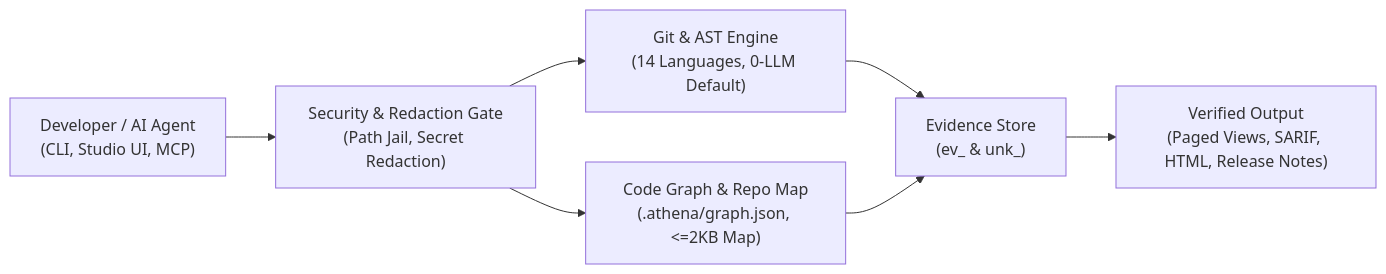
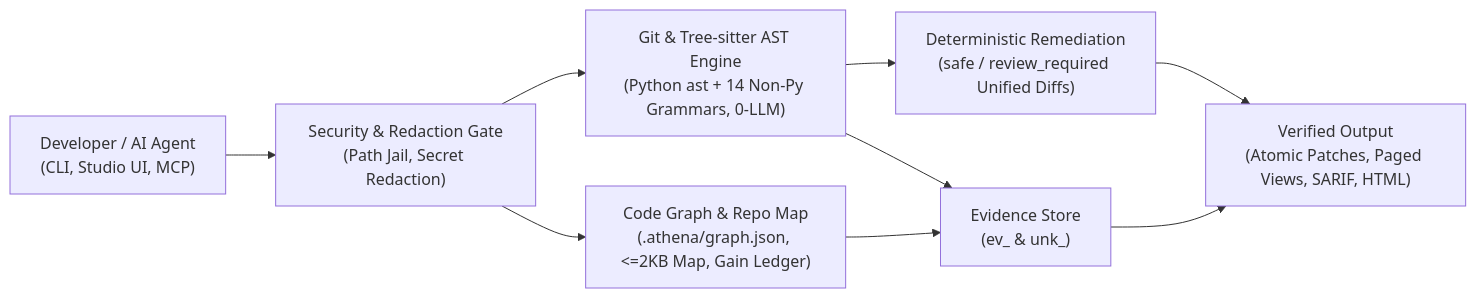
The diagram in README.md (aaryanrwt/athena), drawn with Mermaid before and after one commit. The commit also changed other lines of this file and 29 other files, not shown here.

Commit message:
release: v1.3.3 Tree-sitter multi-language precision, full-repo coverage, auto-fix engine, and token ledger

````diff
--- a/README.md
+++ b/README.md
@@ -90,9 +97,11 @@
 ```mermaid
 flowchart LR
     User["Developer / AI Agent\n(CLI, Studio UI, MCP)"] --> Gate["Security & Redaction Gate\n(Path Jail, Secret Redaction)"]
-    Gate --> Git["Git & AST Engine\n(14 Languages, 0-LLM Default)"]
-    Gate --> Graph["Code Graph & Repo Map\n(.athena/graph.json, <=2KB Map)"]
+    Gate --> Git["Git & Tree-sitter AST Engine\n(Python ast + 14 Non-Py Grammars, 0-LLM)"]
+    Gate --> Graph["Code Graph & Repo Map\n(.athena/graph.json, <=2KB Map, Gain Ledger)"]
+    Git --> Fix["Deterministic Remediation\n(safe / review_required Unified Diffs)"]
     Git --> Evidence["Evidence Store\n(ev_<sha256> & unk_<sha256>)"]
     Graph --> Evidence
-    Evidence --> Output["Verified Output\n(Paged Views, SARIF, HTML, Release Notes)"]
+    Fix --> Output["Verified Output\n(Atomic Patches, Paged Views, SARIF, HTML)"]
+    Evidence --> Output
 ```
````
